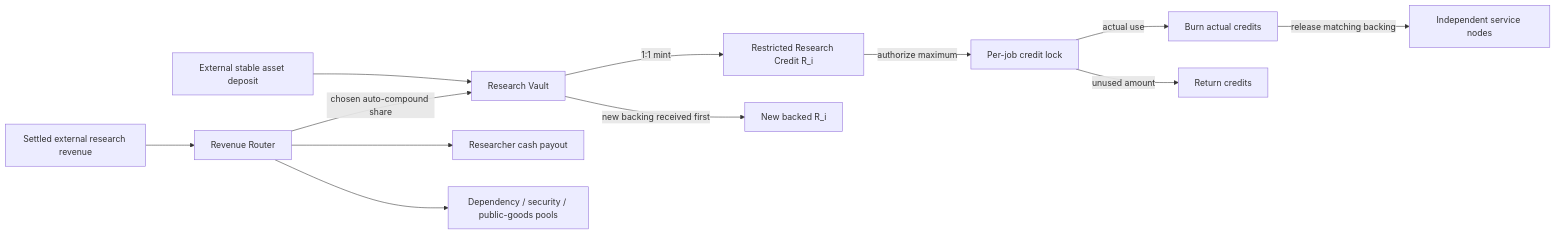
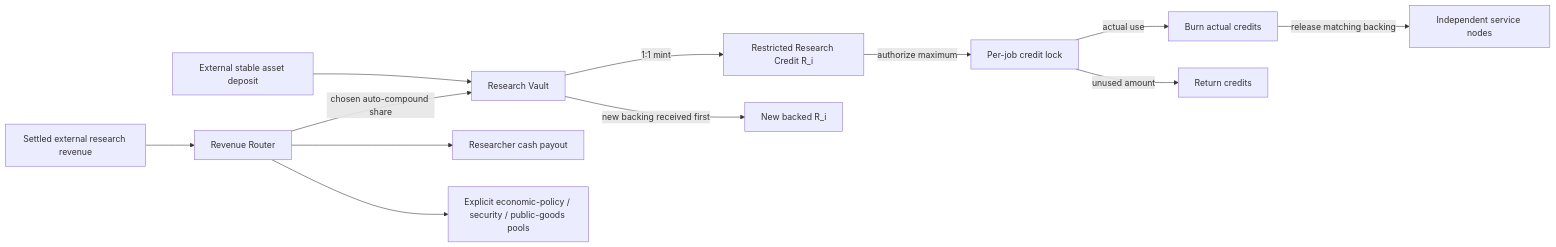
Before and after one commit to jetspace/xlemma-protocol: the sixth of 10 diagrams in docs/ARCHITECTURE_DIAGRAMS.md, drawn with Mermaid. The commit also changed other lines of this file and 67 other files, not shown here.

````diff
--- a/docs/ARCHITECTURE_DIAGRAMS.md
+++ b/docs/ARCHITECTURE_DIAGRAMS.md
@@ -196,15 +196,15 @@
 ```mermaid
 flowchart LR
     D[External stable asset deposit] --> Vault[Research Vault]
     Vault -->|1:1 mint| RC[Restricted Research Credit R_i]
     RC -->|authorize maximum| Lock[Per-job credit lock]
     Lock -->|actual use| Burn[Burn actual credits]
     Burn -->|release matching backing| Nodes[Independent service nodes]
     Lock -->|unused amount| Refund[Return credits]
 
     ExtRev[Settled external research revenue] --> Router[Revenue Router]
     Router --> Cash[Researcher cash payout]
-    Router --> Pools[Dependency / security / public-goods pools]
+    Router --> Pools[Explicit economic-policy / security / public-goods pools]
     Router -->|chosen auto-compound share| Vault
     Vault -->|new backing received first| NewCredits[New backed R_i]
 ```
````
